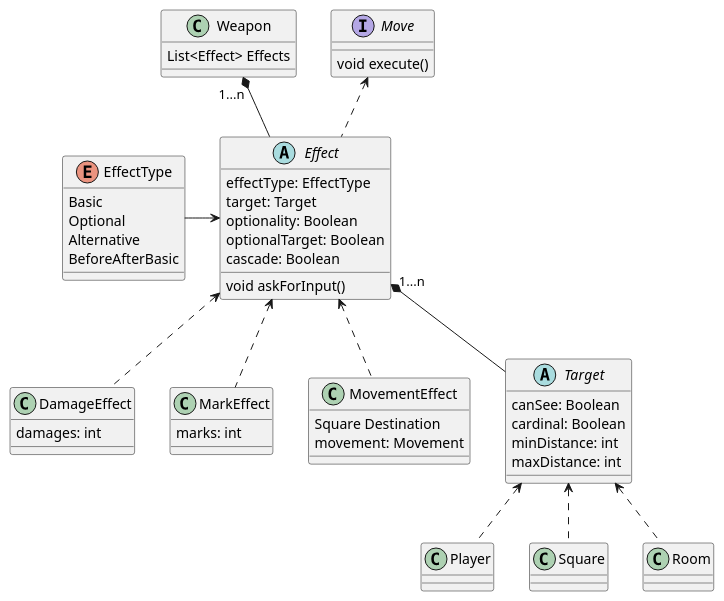
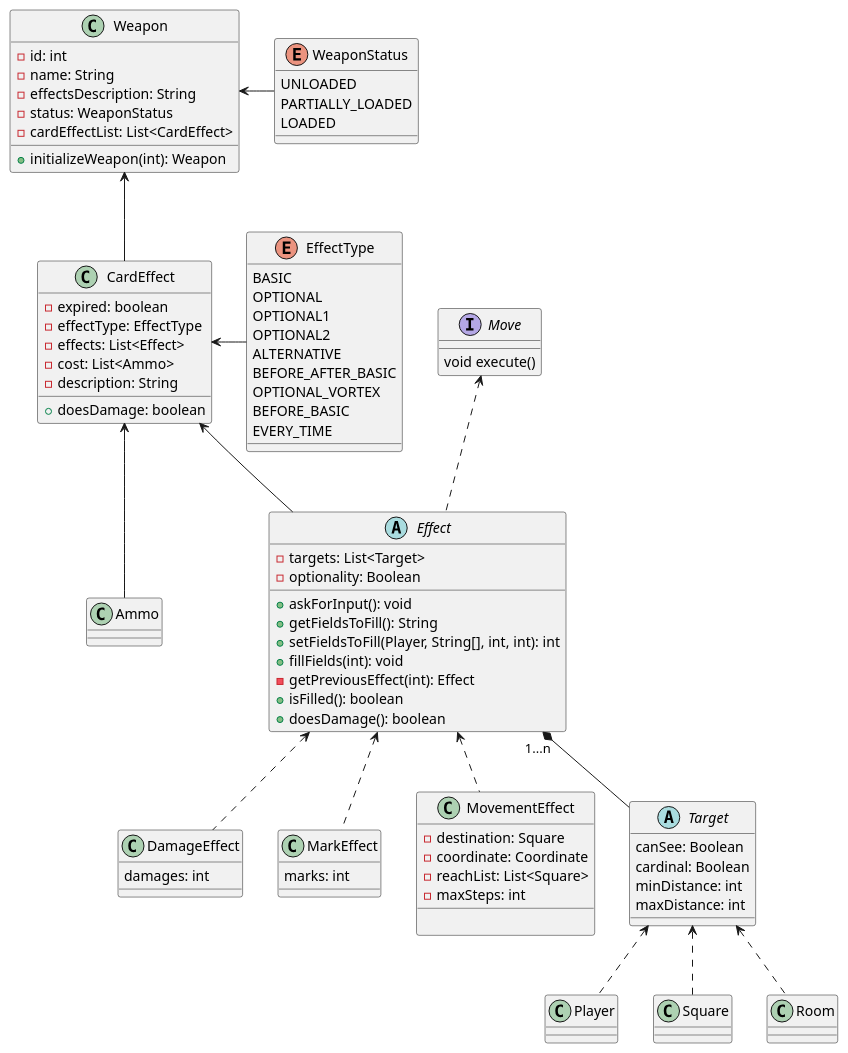
The diagram in utility/final/Weapon.puml (elenasl96/ing-sw-2019-6), drawn with PlantUML before and after one commit. The commit also changed 6 other files, not shown here.

```diff
--- a/utility/final/Weapon.puml
+++ b/utility/final/Weapon.puml
@@ -1,57 +1,96 @@
 @startuml
 class Weapon{
-    List<Effect> Effects
+    - id: int
+    - name: String
+    - effectsDescription: String
+    - status: WeaponStatus
+    - cardEffectList: List<CardEffect>
+    __
+    + initializeWeapon(int): Weapon
 }
 
+Weapon <- WeaponStatus
+Weapon <-- CardEffect
+
 enum EffectType{
-    Basic
-    Optional
-    Alternative
-    BeforeAfterBasic
+    BASIC
+    OPTIONAL
+    OPTIONAL1
+    OPTIONAL2
+    ALTERNATIVE
+    BEFORE_AFTER_BASIC
+    OPTIONAL_VORTEX
+    BEFORE_BASIC
+    EVERY_TIME
+}
+
+enum WeaponStatus{
+    UNLOADED
+    PARTIALLY_LOADED
+    LOADED
 }
 interface Move{
 __
 void execute()
 }
+
+class CardEffect{
+    - expired: boolean
+    - effectType: EffectType
+    - effects: List<Effect>
+    - cost: List<Ammo>
+    - description: String
+    __
+    + doesDamage: boolean
+}
+
+CardEffect <- EffectType
+CardEffect <-- Ammo
+CardEffect <-- Effect
 abstract Effect{
-    effectType: EffectType
-    target: Target
-    optionality: Boolean
-    optionalTarget: Boolean
-    cascade: Boolean
+    - targets: List<Target>
+    - optionality: Boolean
     __
-    void askForInput()
+    + askForInput(): void
+    + getFieldsToFill(): String
+    + setFieldsToFill(Player, String[], int, int): int
+    + fillFields(int): void
+    - getPreviousEffect(int): Effect
+    + isFilled(): boolean
+    + doesDamage(): boolean
 }
 
 class DamageEffect{
     damages: int
 }
 class MarkEffect{
     marks: int
 }
 class MovementEffect{
-    Square Destination
-    movement: Movement
+    - destination: Square
+    - coordinate: Coordinate
+    - reachList: List<Square>
+    - maxSteps: int
+    __
+
 }
 
 Move <..Effect
-EffectType -> Effect
-Weapon "1...n" *-- Effect
 Effect <.. DamageEffect
 Effect <.. MovementEffect
 Effect <.. MarkEffect
 
 
 abstract Target{
     canSee: Boolean
     cardinal: Boolean
     minDistance: int
     maxDistance: int
 }
 
 Target <.. Player
 Target <.. Square
 Target <.. Room
 
 Effect "1...n" *-- Target
 @enduml
```
